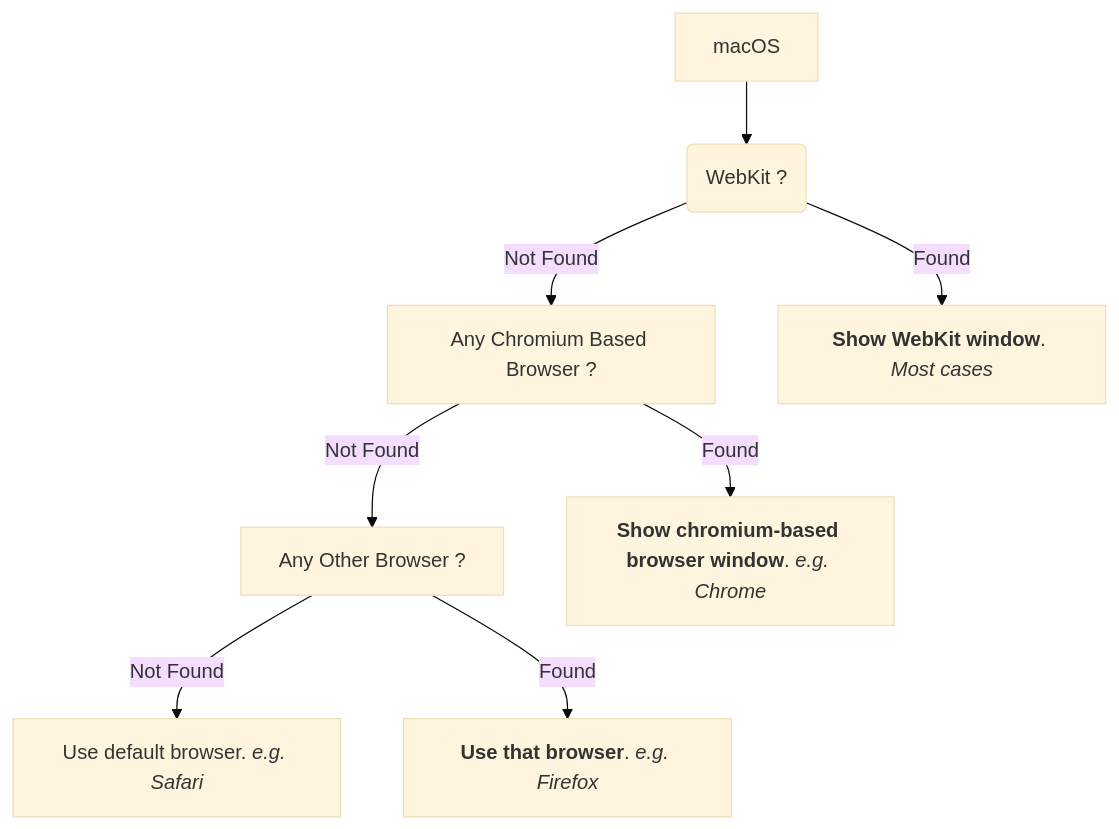
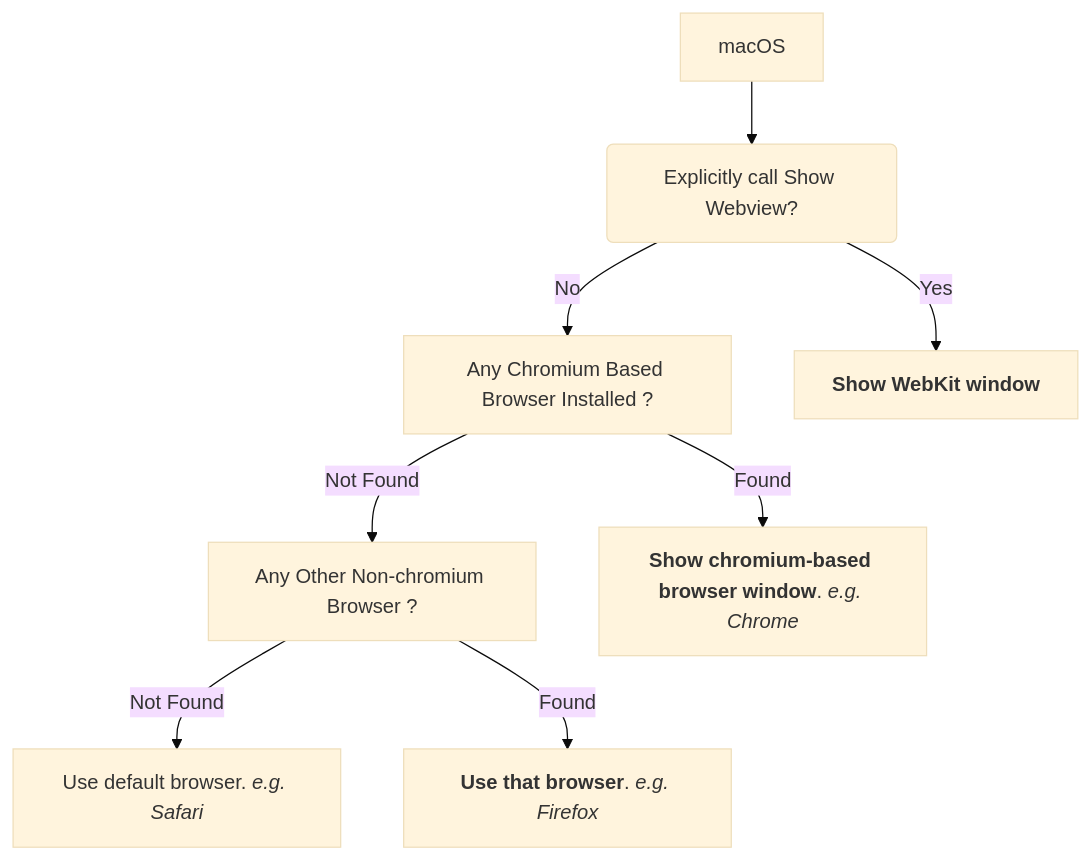
One commit to webui-dev/website changed the third of 3 diagrams in docs/README.md. Above: the diagram before and after it, drawn with Mermaid (base theme). The commit also changed other lines of this file and 12 other files, not shown here.

```diff
--- a/docs/README.md
+++ b/docs/README.md
@@ -283,10 +283,10 @@
 <div class="mermaid">
 flowchart TD
-    A[macOS] --> B(WebKit ?)
-    B --> |Not Found| D[Any Chromium Based Browser ?]
-    B --> |Found| C[<strong>Show WebKit window</strong>. <em>Most cases</em>]
-    D --> |Not Found| F[Any Other Browser ?]
+    A[macOS] --> B(Explicitly call Show Webview?)
+    B --> |No| D[Any Chromium Based Browser Installed ?]
+    B --> |Yes| C[<strong>Show WebKit window</strong>]
+    D --> |Not Found| F[Any Other Non-chromium Browser ?]
     D --> |Found| E[<strong>Show chromium-based browser window</strong>. <em>e.g. Chrome</em>]
     F --> |Not Found| J[Use default browser. <em>e.g. Safari</em>]
     F --> |Found| I[<strong>Use that browser</strong>. <em>e.g. Firefox</em>]
 </div>
```
